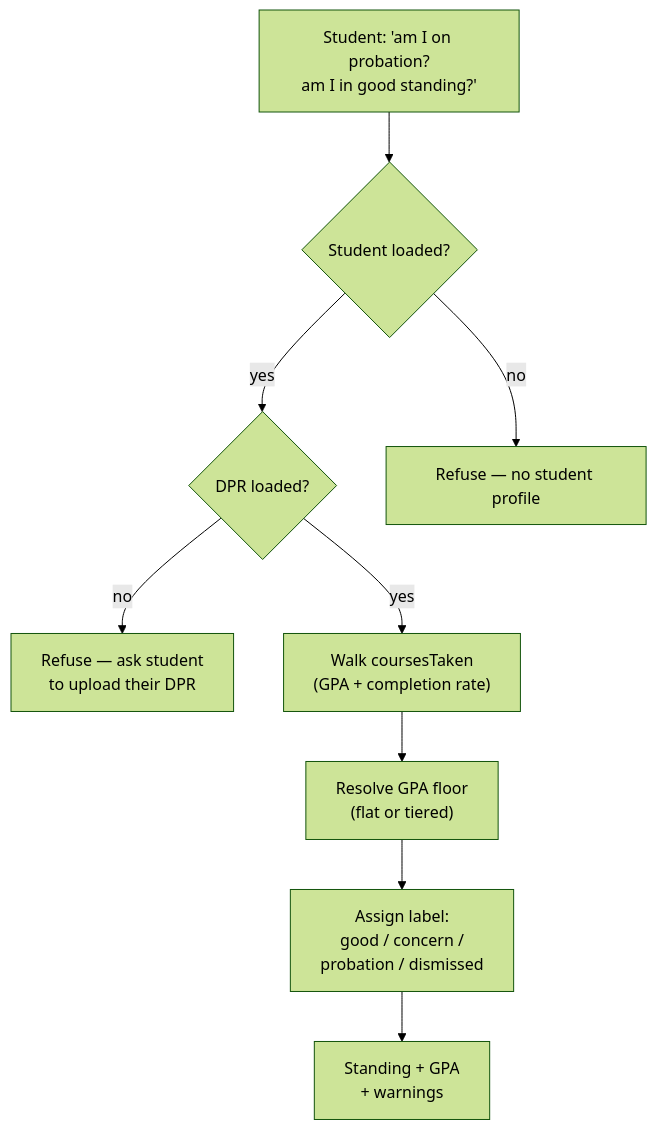
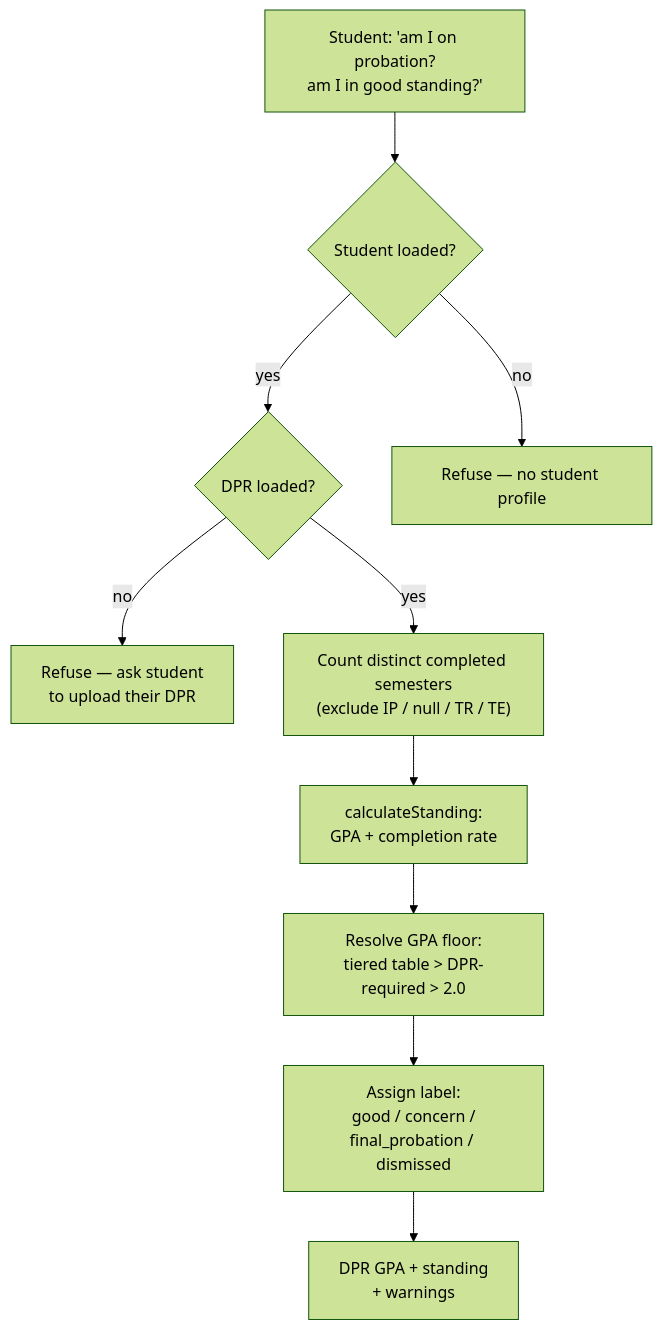
Before and after one commit to EdoardoMongardi/NYU_Path: the first of 2 diagrams in Docs/current-system/tools/get_academic_standing.md, drawn with Mermaid (forest theme). The commit also changed other lines of this file and 73 other files, not shown here.

````diff
--- a/Docs/current-system/tools/get_academic_standing.md
+++ b/Docs/current-system/tools/get_academic_standing.md
@@ -14,17 +21,18 @@
 ```mermaid
 flowchart TD
     Q["Student: 'am I on probation?<br/>am I in good standing?'"]
     STU{"Student loaded?"}
     DPR{"DPR loaded?"}
     REJN["Refuse — no student profile"]
     REJ["Refuse — ask student<br/>to upload their DPR"]
-    WALK["Walk coursesTaken<br/>(GPA + completion rate)"]
-    FLOOR["Resolve GPA floor<br/>(flat or tiered)"]
-    LABEL["Assign label:<br/>good / concern /<br/>probation / dismissed"]
-    OUT["Standing + GPA<br/>+ warnings"]
+    SEM["Count distinct completed semesters<br/>(exclude IP / null / TR / TE)"]
+    WALK["calculateStanding:<br/>GPA + completion rate"]
+    FLOOR["Resolve GPA floor:<br/>tiered table > DPR-required > 2.0"]
+    LABEL["Assign label:<br/>good / concern /<br/>final_probation / dismissed"]
+    OUT["DPR GPA + standing<br/>+ warnings"]
     Q --> STU
     STU -- no --> REJN
     STU -- yes --> DPR
     DPR -- no --> REJ
-    DPR -- yes --> WALK --> FLOOR --> LABEL --> OUT
+    DPR -- yes --> SEM --> WALK --> FLOOR --> LABEL --> OUT
 ```
````
